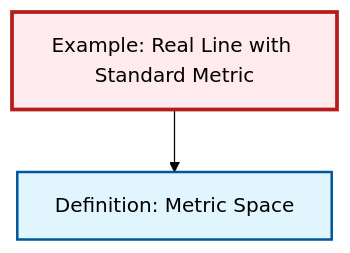
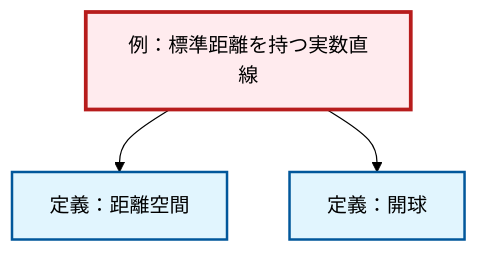
Before and after one commit to RK0429/ModernMath: the diagram in content/ja/analysis/ex-real-line-metric.qmd, drawn with Mermaid (forest theme). The commit also changed 1069 other files, not shown here.

````diff
--- a/content/ja/analysis/ex-real-line-metric.qmd
+++ b/content/ja/analysis/ex-real-line-metric.qmd
@@ -65,14 +65,17 @@
 ```{mermaid}
 %%| fig-cap: "Local dependency graph"
 graph TD
     classDef definition fill:#e1f5fe,stroke:#01579b,stroke-width:2px
     classDef theorem fill:#f3e5f5,stroke:#4a148c,stroke-width:2px
     classDef axiom fill:#fff3e0,stroke:#e65100,stroke-width:2px
     classDef example fill:#e8f5e9,stroke:#1b5e20,stroke-width:2px
     classDef current fill:#ffebee,stroke:#b71c1c,stroke-width:3px
-    def-metric-space["Definition: Metric Space"]:::definition
-    ex-real-line-metric["Example: Real Line with Standard Metric"]:::example
+    ex-real-line-metric["例：標準距離を持つ実数直線"]:::example
+    def-open-ball["定義：開球"]:::definition
+    def-metric-space["定義：距離空間"]:::definition
     ex-real-line-metric --> def-metric-space
+    ex-real-line-metric --> def-open-ball
     class ex-real-line-metric current
-    click def-metric-space "def-metric-space.html" "Definition: Metric Spaceへ"
+    click def-open-ball "def-open-ball.html" "定義：開球へ"
+    click def-metric-space "def-metric-space.html" "定義：距離空間へ"
 ```
````
